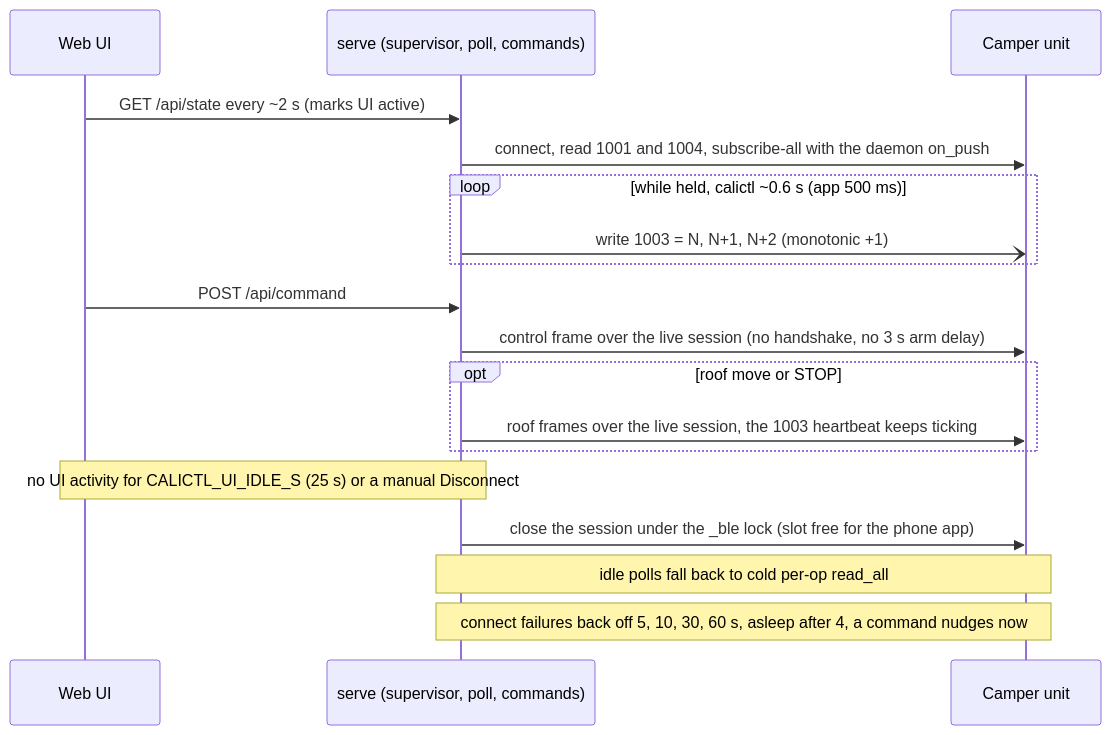
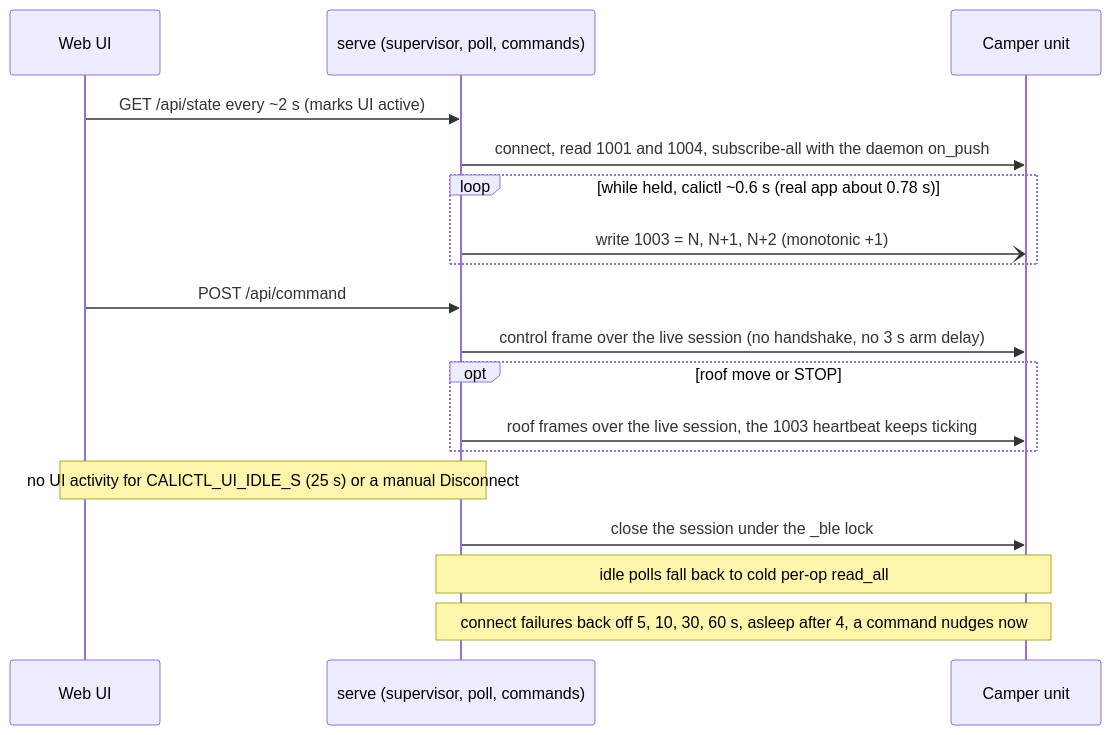
Before and after one commit to ckeller42/open-california: the fourth of 17 diagrams in docs/protocol-sequences.rst, drawn with Mermaid. The commit also changed other lines of this file and 3 other files, not shown here.

First line of the commit message:
docs(protocol): real app on the real unit — 2026-10-10 capture (#278)

```diff
--- a/docs/protocol-sequences.rst
+++ b/docs/protocol-sequences.rst
@@ -452,20 +466,20 @@
 .. mermaid::
 
     sequenceDiagram
         participant W as Web UI
         participant S as serve (supervisor, poll, commands)
         participant U as Camper unit
         W->>S: GET /api/state every ~2 s (marks UI active)
         S->>U: connect, read 1001 and 1004, subscribe-all with the daemon on_push
-        loop while held, calictl ~0.6 s (app 500 ms)
+        loop while held, calictl ~0.6 s (real app about 0.78 s)
             S-)U: write 1003 = N, N+1, N+2 (monotonic +1)
         end
         W->>S: POST /api/command
         S->>U: control frame over the live session (no handshake, no 3 s arm delay)
         opt roof move or STOP
             S->>U: roof frames over the live session, the 1003 heartbeat keeps ticking
         end
         Note over W,S: no UI activity for CALICTL_UI_IDLE_S (25 s) or a manual Disconnect
-        S->>U: close the session under the _ble lock (slot free for the phone app)
+        S->>U: close the session under the _ble lock
         Note over S,U: idle polls fall back to cold per-op read_all
         Note over S,U: connect failures back off 5, 10, 30, 60 s, asleep after 4, a command nudges now
```
